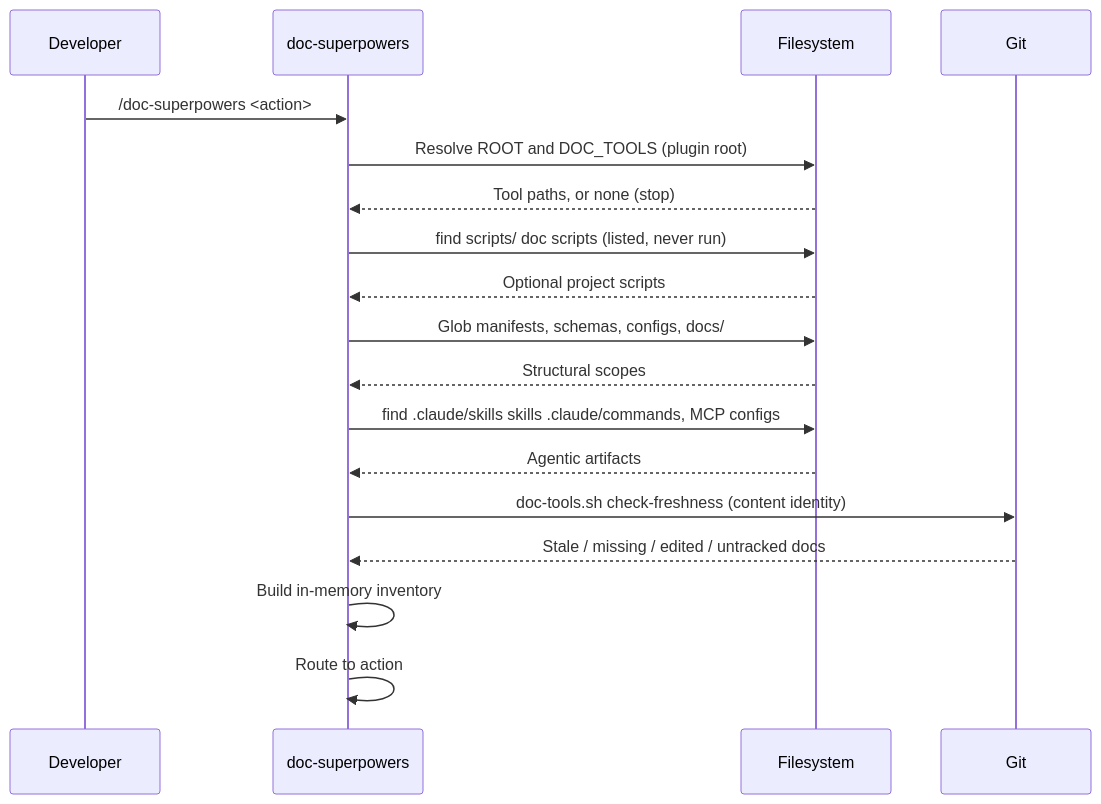
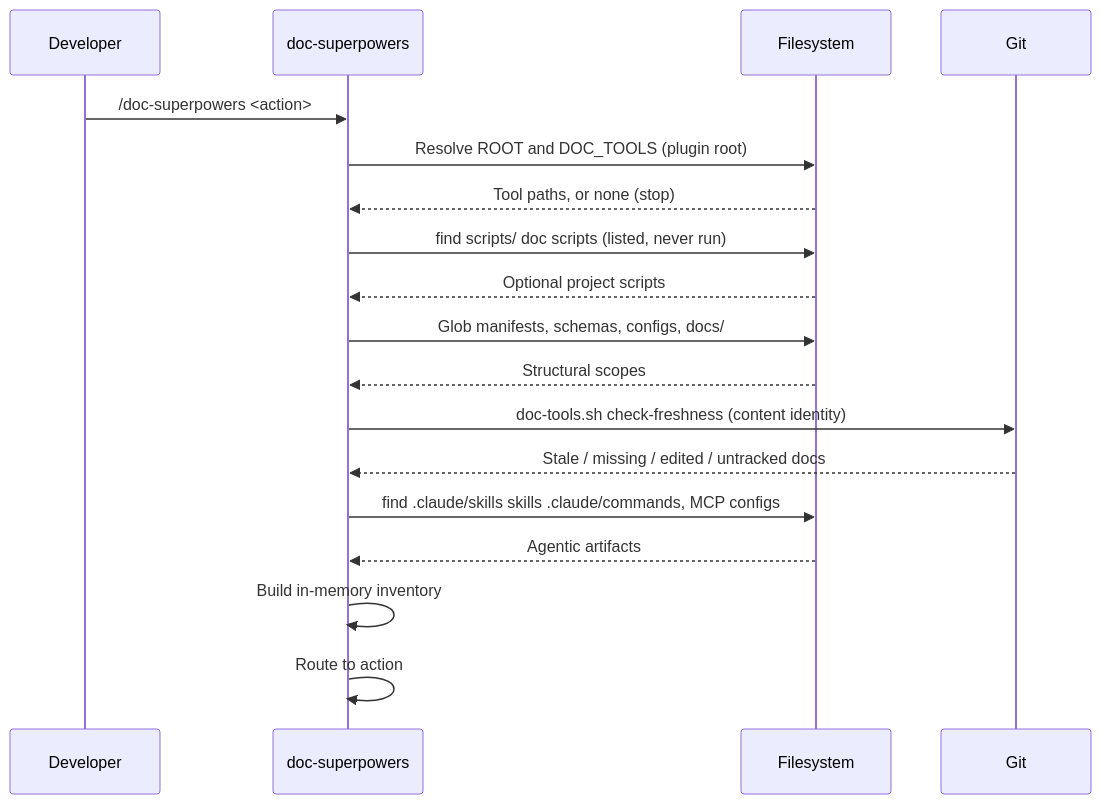
The second of 10 diagrams in docs/workflows/doc-superpowers.md (woodrowpearson/doc-superpowers), drawn with Mermaid before and after one commit. The commit also changed other lines of this file and 8 other files, not shown here.

````diff
--- a/docs/workflows/doc-superpowers.md
+++ b/docs/workflows/doc-superpowers.md
@@ -69,21 +71,21 @@
 ```mermaid
 sequenceDiagram
   participant U as Developer
   participant SK as doc-superpowers
   participant FS as Filesystem
   participant GIT as Git
 
   U->>SK: /doc-superpowers <action>
   SK->>FS: Resolve ROOT and DOC_TOOLS (plugin root)
   FS-->>SK: Tool paths, or none (stop)
   SK->>FS: find scripts/ doc scripts (listed, never run)
   FS-->>SK: Optional project scripts
   SK->>FS: Glob manifests, schemas, configs, docs/
   FS-->>SK: Structural scopes
+  SK->>GIT: doc-tools.sh check-freshness (content identity)
+  GIT-->>SK: Stale / missing / edited / untracked docs
   SK->>FS: find .claude/skills skills .claude/commands, MCP configs
   FS-->>SK: Agentic artifacts
-  SK->>GIT: doc-tools.sh check-freshness (content identity)
-  GIT-->>SK: Stale / missing / edited / untracked docs
   SK->>SK: Build in-memory inventory
   SK->>SK: Route to action
 ```
````
